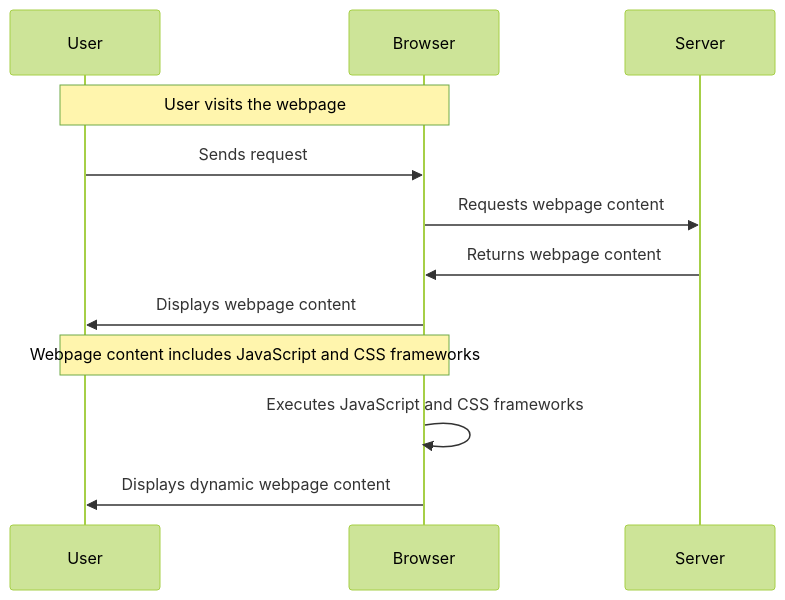
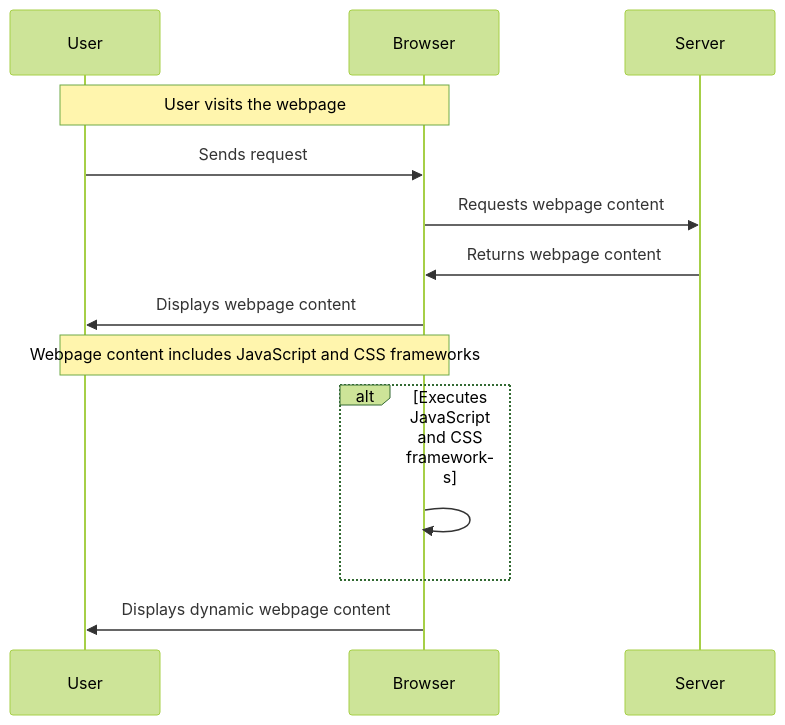
The diagram in src/content/posts/product/_2026-05-23-may-the-4th-be-with-you.en.md (a920604a/engineernews), drawn with Mermaid (forest theme) before and after one commit. The commit also changed 6 other files, not shown here.

Commit message:
fix: auto-fix mermaid syntax errors in posts

````diff
--- a/src/content/posts/product/_2026-05-23-may-the-4th-be-with-you.en.md
+++ b/src/content/posts/product/_2026-05-23-may-the-4th-be-with-you.en.md
@@ -29,15 +29,17 @@
 ```mermaid
 sequenceDiagram
     participant User as User
     participant Browser as Browser
     participant Server as Server
 
     Note over User,Browser: User visits the webpage
     User->>Browser: Sends request
     Browser->>Server: Requests webpage content
     Server->>Browser: Returns webpage content
     Browser->>User: Displays webpage content
     Note over User,Browser: Webpage content includes JavaScript and CSS frameworks
-    Browser->>Browser: Executes JavaScript and CSS frameworks
+    alt Executes JavaScript and CSS frameworks
+        Browser->>Browser: 
+    end
     Browser->>User: Displays dynamic webpage content
 ```
````
